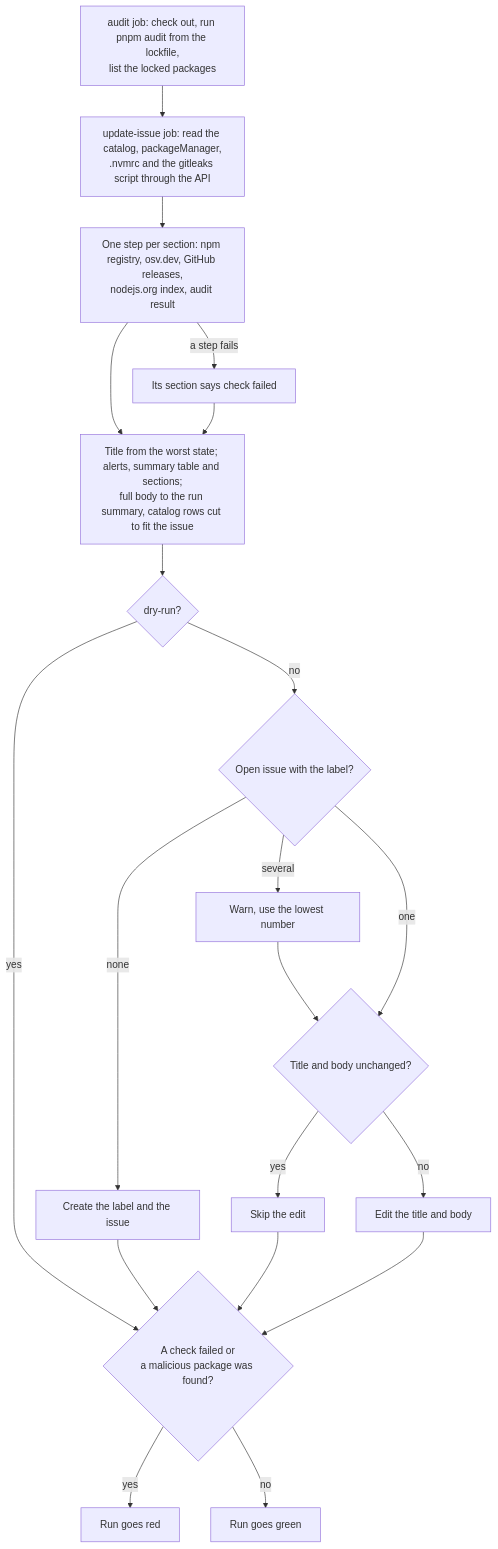
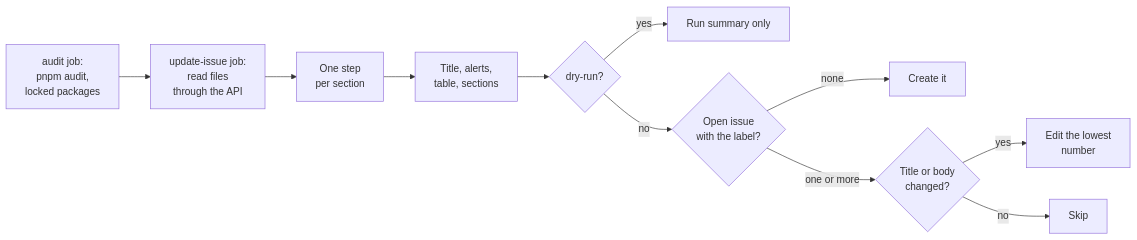
Before and after one commit to valuecodes/automation: the first of 2 diagrams in README.md, drawn with Mermaid. The commit also changed other lines of this file and 5 other files, not shown here.

````diff
--- a/README.md
+++ b/README.md
@@ -80,19 +81,12 @@
 ```mermaid
-flowchart TD
-    A[audit job: check out, run pnpm audit from the lockfile,<br>list the locked packages] --> B[update-issue job: read the catalog, packageManager,<br>.nvmrc and the gitleaks script through the API]
-    B --> C[One step per section: npm registry, osv.dev, GitHub releases,<br>nodejs.org index, audit result]
-    C -- a step fails --> C2[Its section says check failed]
-    C --> D[Title from the worst state; alerts, summary table and sections;<br>full body to the run summary, catalog rows cut to fit the issue]
-    C2 --> D
+flowchart LR
+    A[audit job:<br>pnpm audit,<br>locked packages] --> B[update-issue job:<br>read files<br>through the API]
+    B --> C[One step<br>per section] --> D[Title, alerts,<br>table, sections]
     D --> DR{dry-run?}
-    DR -- yes --> X
-    DR -- no --> E{Open issue with the label?}
-    E -- none --> F[Create the label and the issue] --> X
-    E -- several --> E2[Warn, use the lowest number] --> G
-    E -- one --> G{Title and body unchanged?}
-    G -- yes --> Z[Skip the edit] --> X
-    G -- no --> H[Edit the title and body] --> X
-    X{A check failed or<br>a malicious package was found?}
-    X -- yes --> R[Run goes red]
-    X -- no --> OK[Run goes green]
+    DR -- yes --> S[Run summary only]
+    DR -- no --> E{Open issue<br>with the label?}
+    E -- none --> F[Create it]
+    E -- "one or more" --> G{Title or body<br>changed?}
+    G -- yes --> H[Edit the lowest<br>number]
+    G -- no --> Z[Skip]
 ```
````
